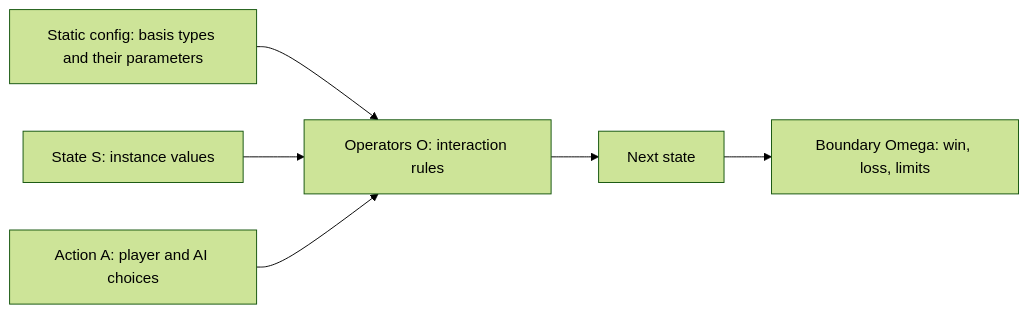
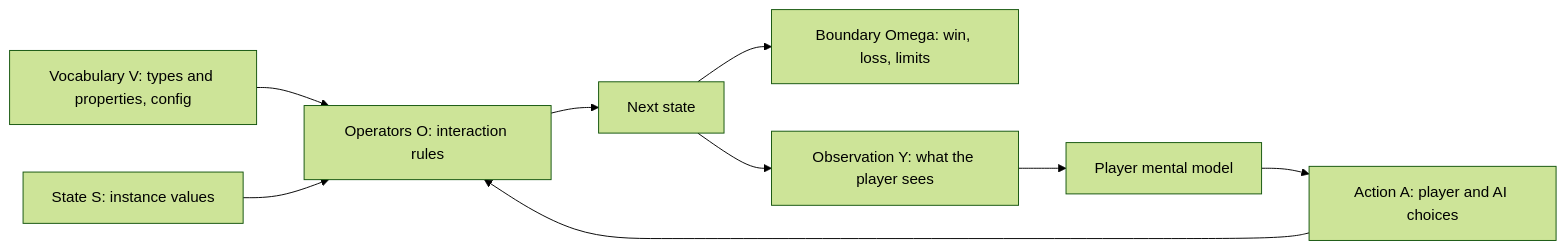
One commit to HeldenChill/Researchs changed the first of 3 diagrams in docs/theory/Logical-Space-Base-Theory.md. Above: the diagram before and after it, drawn with Mermaid (forest theme). The commit also changed other lines of this file and 14 other files, not shown here.

````diff
--- a/docs/theory/Logical-Space-Base-Theory.md
+++ b/docs/theory/Logical-Space-Base-Theory.md
@@ -22,8 +28,11 @@
 ```mermaid
 flowchart LR
-    Config["Static config: basis types and their parameters"] --> Ops
+    V["Vocabulary V: types and properties, config"] --> Ops
     S["State S: instance values"] --> Ops["Operators O: interaction rules"]
     A["Action A: player and AI choices"] --> Ops
     Ops --> S2["Next state"]
     S2 --> Omega["Boundary Omega: win, loss, limits"]
+    S2 --> Y["Observation Y: what the player sees"]
+    Y --> M["Player mental model"]
+    M --> A
 ```
````
